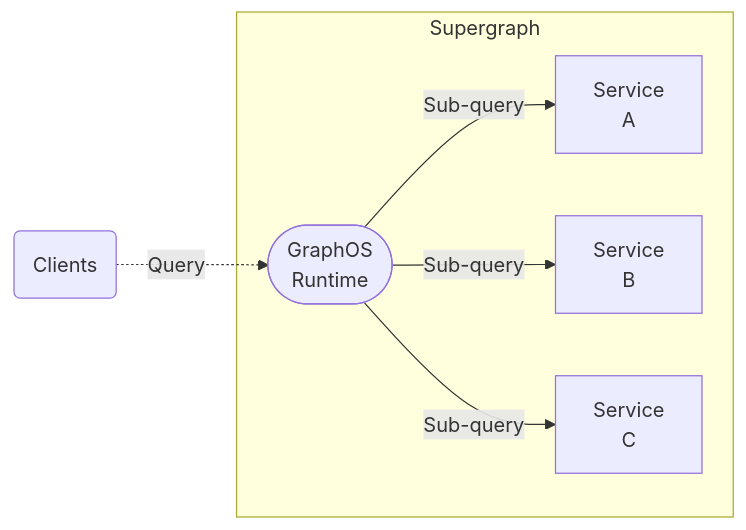
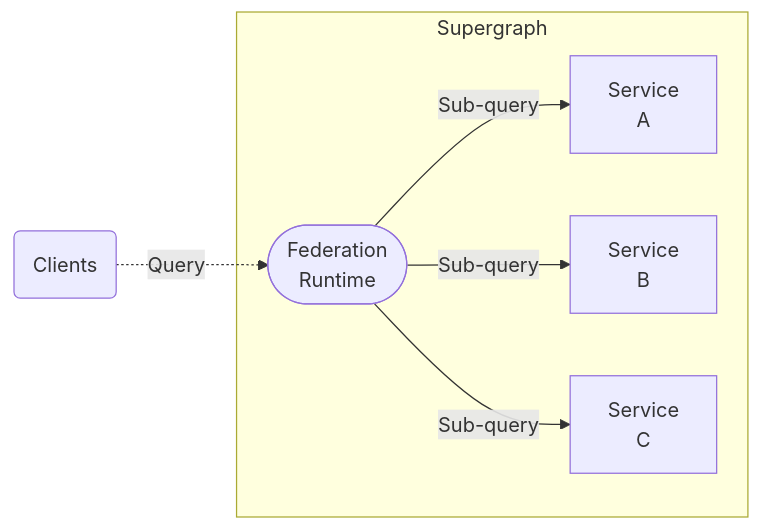
Before and after one commit to apollographql/docs: the second of 2 diagrams in src/content/graphos/basics/index.mdx, drawn with Mermaid. The commit also changed other lines of this file and 4 other files, not shown here.

````diff
--- a/src/content/graphos/basics/index.mdx
+++ b/src/content/graphos/basics/index.mdx
@@ -61,15 +62,15 @@
 ```mermaid
 graph LR;
   clients(Clients);
   subgraph Supergraph
-    runtime([GraphOS <br/>Runtime]);
+    runtime([Federation <br/>Runtime]);
     serviceA[Service <br/>A];
     serviceB[Service <br/>B];
     serviceC[Service <br/>C];
     runtime -->|Sub-query| serviceA;
     runtime -->|Sub-query| serviceB;
     runtime -->|Sub-query| serviceC;
   end
   clients -.->|Query| runtime;
   class clients secondary;
 ```
````
